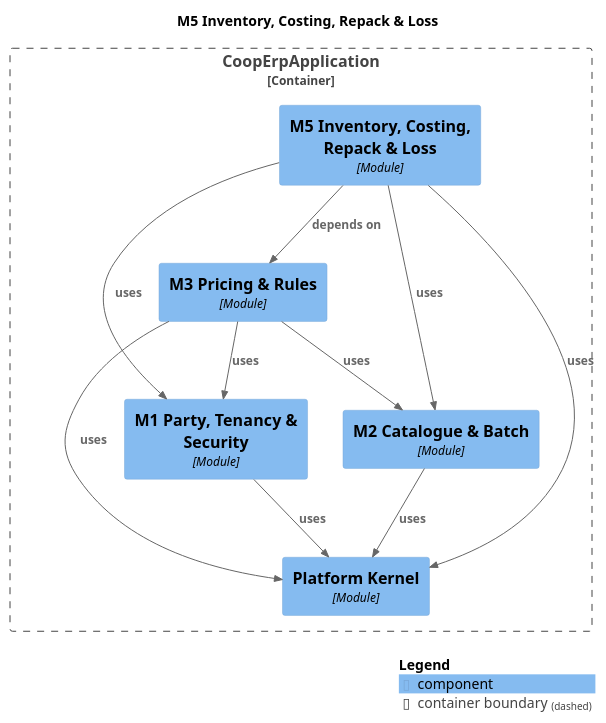
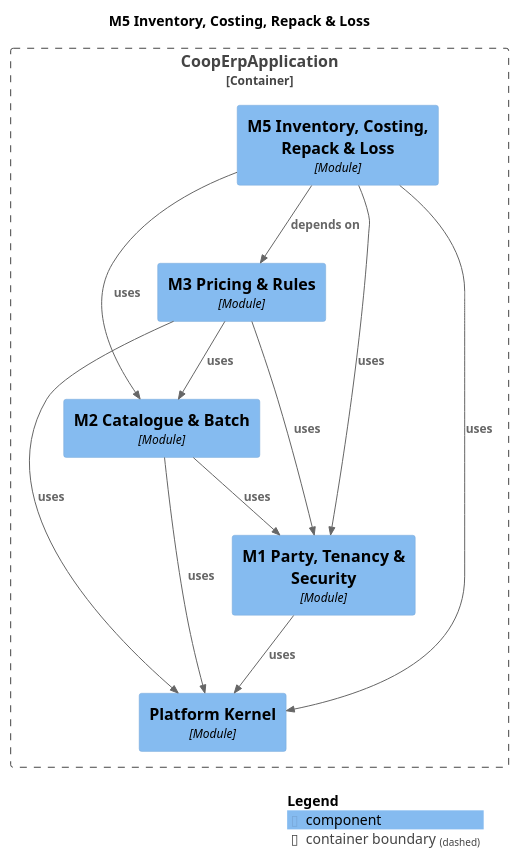
Before and after one commit to Knoweb/COOP_ERP: the diagram in docs/modules/module-m5inventory.puml, drawn with PlantUML. The commit also changed 16 other files, not shown here.

```diff
--- a/docs/modules/module-m5inventory.puml
+++ b/docs/modules/module-m5inventory.puml
@@ -1,30 +1,31 @@
 @startuml
 set separator none
 title M5 Inventory, Costing, Repack & Loss
 
 top to bottom direction
 
 !include <C4/C4>
 !include <C4/C4_Context>
 !include <C4/C4_Component>
 
 Container_Boundary("CoopErpApplication.CoopErpApplication_boundary", "CoopErpApplication", $tags="") {
+  Component(CoopErpApplication.CoopErpApplication.M2CatalogueBatch, "M2 Catalogue & Batch", $techn="Module", $descr="", $tags="", $link="")
   Component(CoopErpApplication.CoopErpApplication.M3PricingRules, "M3 Pricing & Rules", $techn="Module", $descr="", $tags="", $link="")
   Component(CoopErpApplication.CoopErpApplication.M5InventoryCostingRepackLoss, "M5 Inventory, Costing, Repack & Loss", $techn="Module", $descr="", $tags="", $link="")
   Component(CoopErpApplication.CoopErpApplication.PlatformKernel, "Platform Kernel", $techn="Module", $descr="", $tags="", $link="")
   Component(CoopErpApplication.CoopErpApplication.M1PartyTenancySecurity, "M1 Party, Tenancy & Security", $techn="Module", $descr="", $tags="", $link="")
-  Component(CoopErpApplication.CoopErpApplication.M2CatalogueBatch, "M2 Catalogue & Batch", $techn="Module", $descr="", $tags="", $link="")
 }
 
 Rel(CoopErpApplication.CoopErpApplication.M1PartyTenancySecurity, CoopErpApplication.CoopErpApplication.PlatformKernel, "uses", $techn="", $tags="", $link="")
+Rel(CoopErpApplication.CoopErpApplication.M2CatalogueBatch, CoopErpApplication.CoopErpApplication.M1PartyTenancySecurity, "uses", $techn="", $tags="", $link="")
 Rel(CoopErpApplication.CoopErpApplication.M2CatalogueBatch, CoopErpApplication.CoopErpApplication.PlatformKernel, "uses", $techn="", $tags="", $link="")
 Rel(CoopErpApplication.CoopErpApplication.M3PricingRules, CoopErpApplication.CoopErpApplication.M1PartyTenancySecurity, "uses", $techn="", $tags="", $link="")
 Rel(CoopErpApplication.CoopErpApplication.M3PricingRules, CoopErpApplication.CoopErpApplication.M2CatalogueBatch, "uses", $techn="", $tags="", $link="")
 Rel(CoopErpApplication.CoopErpApplication.M3PricingRules, CoopErpApplication.CoopErpApplication.PlatformKernel, "uses", $techn="", $tags="", $link="")
 Rel(CoopErpApplication.CoopErpApplication.M5InventoryCostingRepackLoss, CoopErpApplication.CoopErpApplication.M1PartyTenancySecurity, "uses", $techn="", $tags="", $link="")
 Rel(CoopErpApplication.CoopErpApplication.M5InventoryCostingRepackLoss, CoopErpApplication.CoopErpApplication.M2CatalogueBatch, "uses", $techn="", $tags="", $link="")
 Rel(CoopErpApplication.CoopErpApplication.M5InventoryCostingRepackLoss, CoopErpApplication.CoopErpApplication.M3PricingRules, "depends on", $techn="", $tags="", $link="")
 Rel(CoopErpApplication.CoopErpApplication.M5InventoryCostingRepackLoss, CoopErpApplication.CoopErpApplication.PlatformKernel, "uses", $techn="", $tags="", $link="")
 
 SHOW_LEGEND(true)
 @enduml
```
